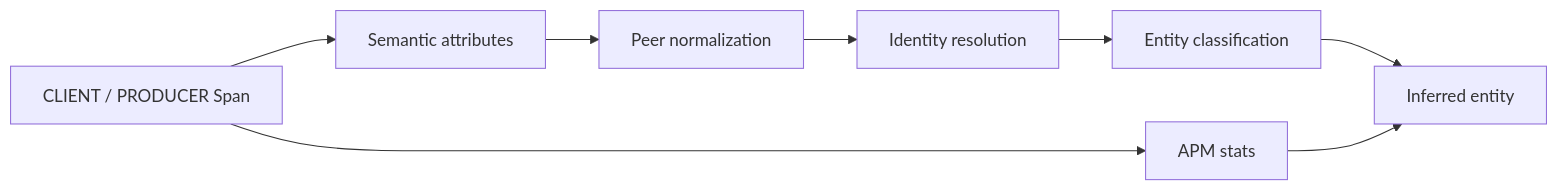
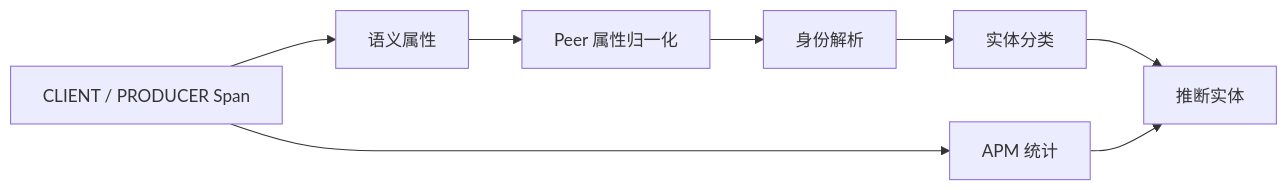
One commit to XiaoWeiKIN/Observability-Lab changed the fourth of 13 diagrams in docs/datadog/inferred-services.md. Above: the diagram before and after it, drawn with Mermaid. The commit also changed other lines of this file, not shown here.

Commit message:
docs(datadog): translate inferred services research to zh-CN

````diff
--- a/docs/datadog/inferred-services.md
+++ b/docs/datadog/inferred-services.md
@@ -119,13 +129,13 @@
-```mermaid
+~~~mermaid
 flowchart LR
     A[CLIENT / PRODUCER Span]
-    B[Semantic attributes]
-    C[Peer normalization]
-    D[Identity resolution]
-    E[Entity classification]
-    F[APM stats]
-    G[Inferred entity]
+    B[语义属性]
+    C[Peer 属性归一化]
+    D[身份解析]
+    E[实体分类]
+    F[APM 统计]
+    G[推断实体]
 
     A --> B --> C --> D --> E --> G
     A --> F --> G
-```
+~~~
````
